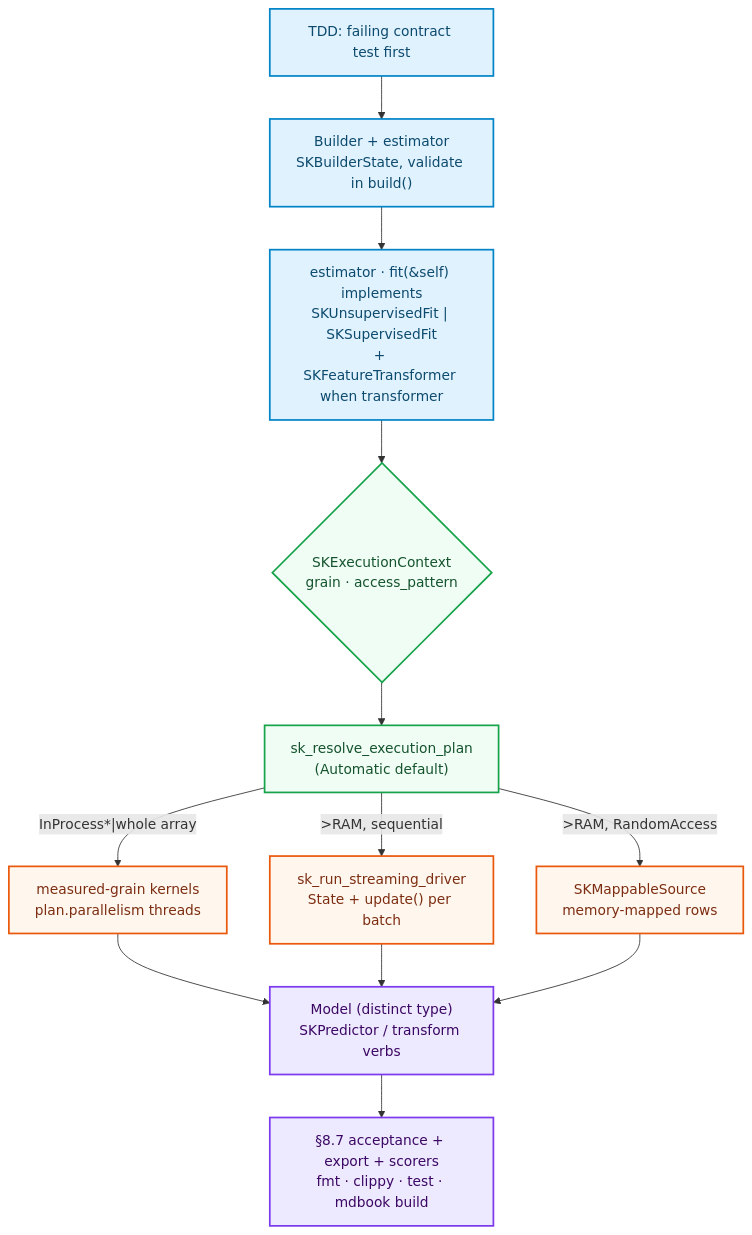
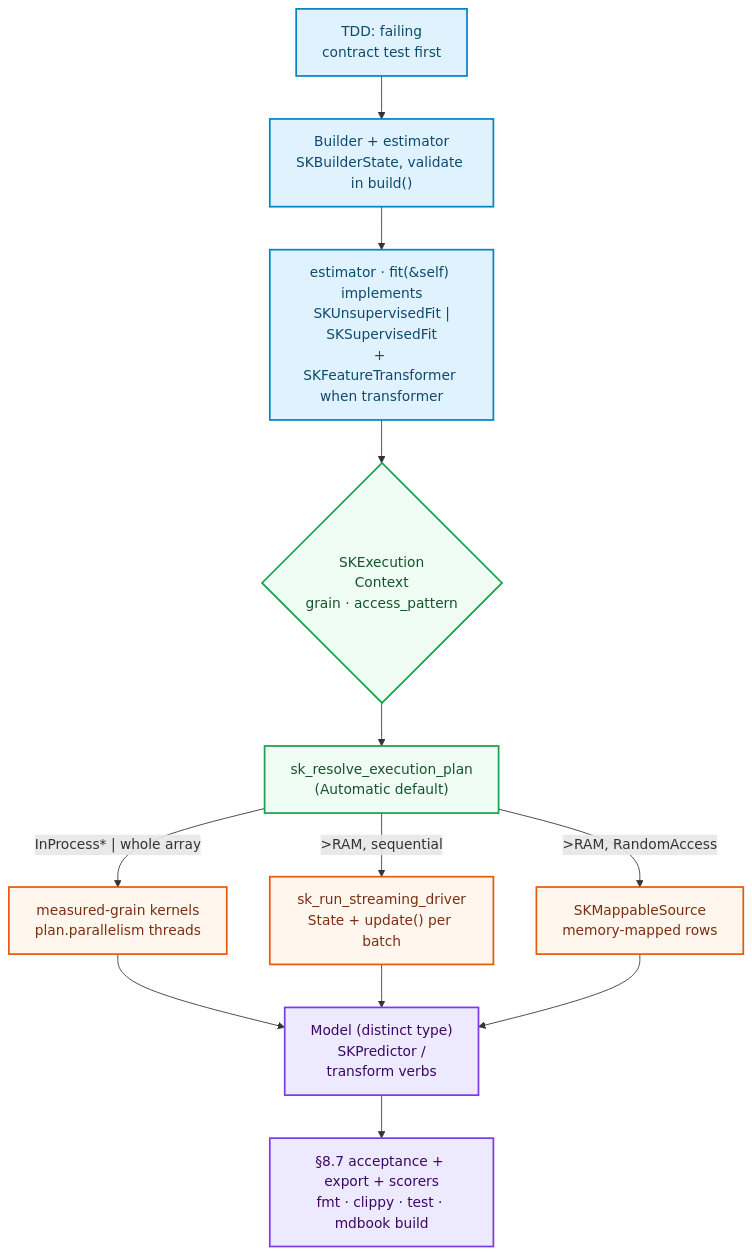
The diagram in docs/src/tutorials/how-to-add-an-algorithm.md (neurono-ml/sciencekit), drawn with Mermaid before and after one commit. The commit also changed 12 other files, not shown here.

First line of the commit message:
docs: fix book theme UX — typography control, buttons, sidebar, Mermaid contrast

````diff
--- a/docs/src/tutorials/how-to-add-an-algorithm.md
+++ b/docs/src/tutorials/how-to-add-an-algorithm.md
@@ -22,20 +22,22 @@
 ```mermaid
 flowchart TD
+    accTitle: The algorithm routine from failing test to acceptance
+    accDescr: Test-first contract, builder plus estimator, execution planning across three regimes, model export, and PRD section 8.7 acceptance gates.
     classDef buildNode fill:#e0f2fe,stroke:#0284c7,color:#0c4a6e,stroke-width:2px
     classDef planNode fill:#f0fdf4,stroke:#16a34a,color:#14532d,stroke-width:2px
     classDef regNode fill:#fff7ed,stroke:#ea580c,color:#7c2d12,stroke-width:2px
     classDef outsNode fill:#ede9fe,stroke:#7c3aed,color:#3b0764,stroke-width:2px
 
-    T["TDD: failing contract test first"]:::buildNode
+    T["TDD: failing<br>contract test first"]:::buildNode
     T --> B["Builder + estimator<br>SKBuilderState, validate in build()"]:::buildNode
-    B --> Fit["estimator · fit(&self) implements<br>SKUnsupervisedFit | SKSupervisedFit<br>+ SKFeatureTransformer when transformer"]:::buildNode
-    Fit --> P{"SKExecutionContext<br>grain · access_pattern"}:::planNode
+    B --> Fit["estimator · fit(&self) implements<br>SKUnsupervisedFit |<br>SKSupervisedFit<br>+ SKFeatureTransformer when transformer"]:::buildNode
+    Fit --> P{"SKExecution<br>Context<br>grain · access_pattern"}:::planNode
     P --> PLN["sk_resolve_execution_plan<br>(Automatic default)"]:::planNode
-    PLN -->|"InProcess*|whole array"| K["measured-grain kernels<br>plan.parallelism threads"]:::regNode
+    PLN -->|"InProcess* | whole array"| K["measured-grain kernels<br>plan.parallelism threads"]:::regNode
     PLN -->|">RAM, sequential"| Dr["sk_run_streaming_driver<br>State + update() per batch"]:::regNode
     PLN -->|">RAM, RandomAccess"| Ma["SKMappableSource<br>memory-mapped rows"]:::regNode
-    K --> Ms["Model (distinct type)<br>SKPredictor / transform verbs"]:::outsNode
+    K -->     Ms["Model (distinct type)<br>SKPredictor /<br>transform verbs"]:::outsNode
     Dr --> Ms
     Ma --> Ms
     Ms --> Chk["§8.7 acceptance + export + scorers<br>fmt · clippy · test · mdbook build"]:::outsNode
 ```
````
